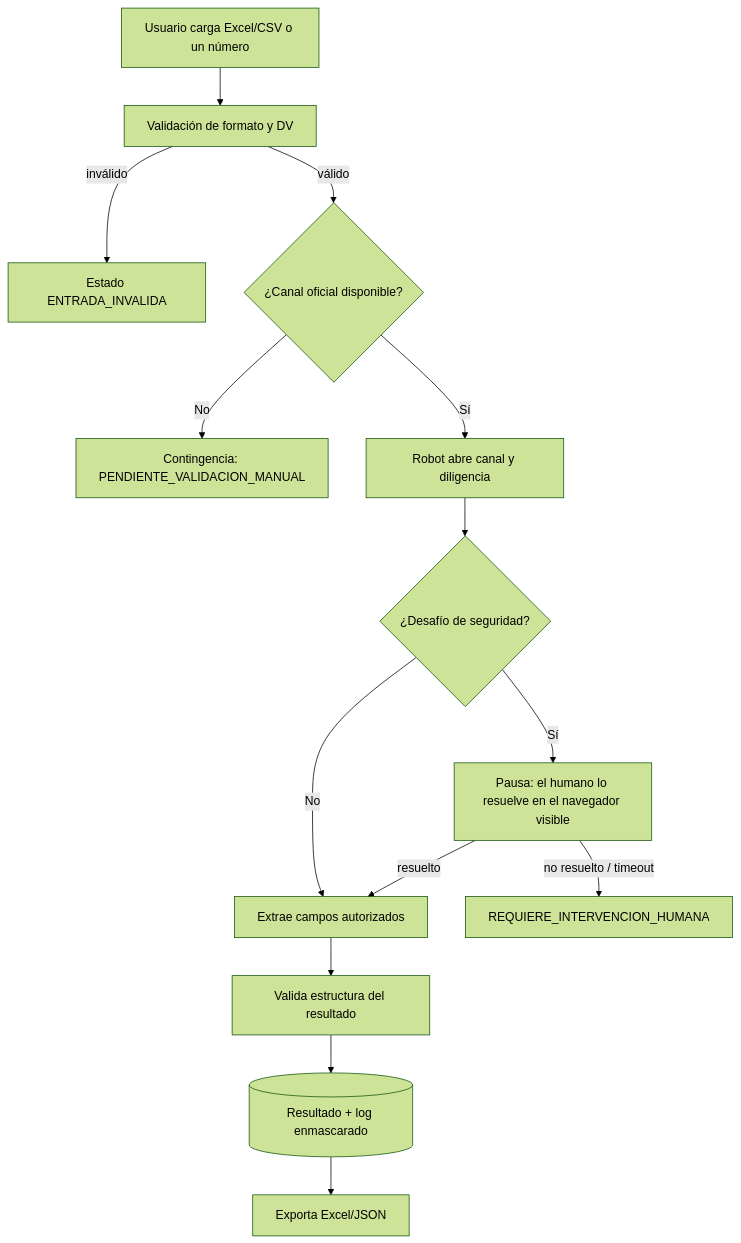
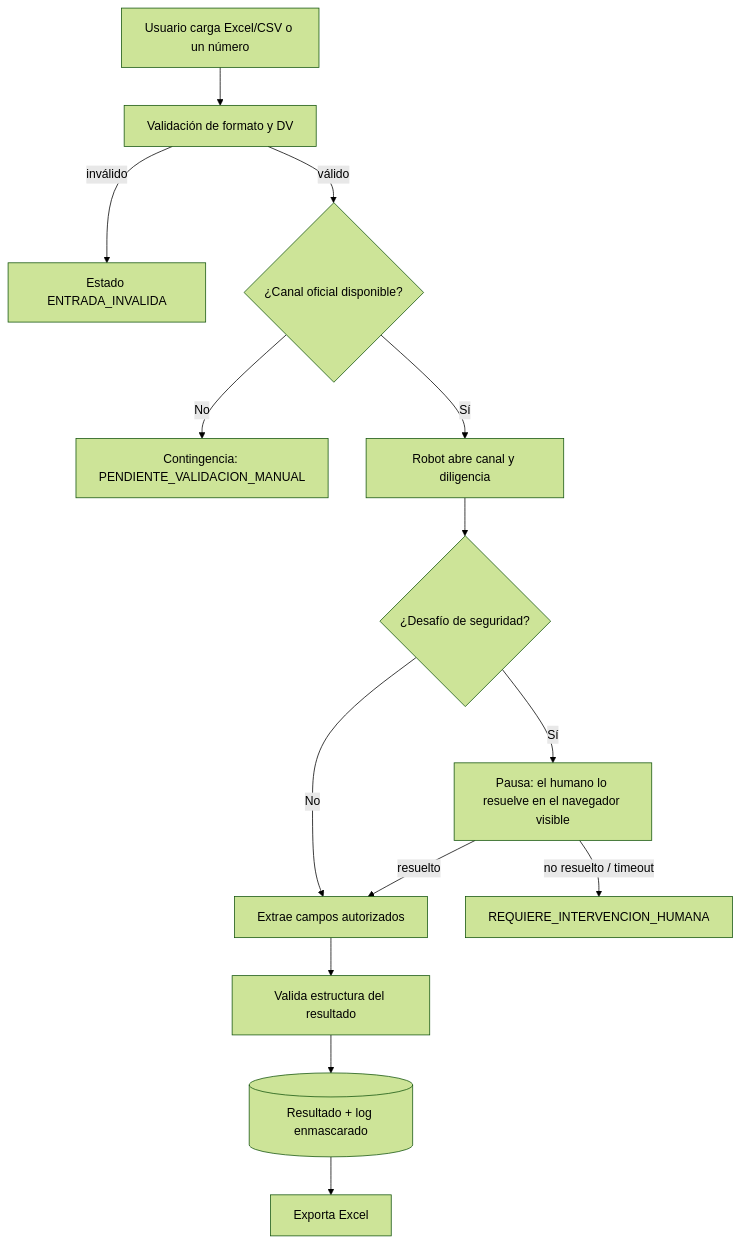
Before and after one commit to ManuelCris29/Rut-Dian: the second of 2 diagrams in specs/requisitos.md, drawn with Mermaid (forest theme). The commit also changed other lines of this file and 4 other files, not shown here.

````diff
--- a/specs/requisitos.md
+++ b/specs/requisitos.md
@@ -24,16 +24,16 @@
 ```mermaid
 flowchart TD
   A[Usuario carga Excel/CSV o un número] --> B[Validación de formato y DV]
   B -- inválido --> X[Estado ENTRADA_INVALIDA]
   B -- válido --> C{¿Canal oficial disponible?}
   C -- No --> K[Contingencia: PENDIENTE_VALIDACION_MANUAL]
   C -- Sí --> D[Robot abre canal y diligencia]
   D --> E{¿Desafío de seguridad?}
   E -- Sí --> H[Pausa: el humano lo resuelve en el navegador visible]
   H -- resuelto --> F
   H -- no resuelto / timeout --> Y[REQUIERE_INTERVENCION_HUMANA]
   E -- No --> F[Extrae campos autorizados]
   F --> G[Valida estructura del resultado]
   G --> R[(Resultado + log enmascarado)]
-  R --> S[Exporta Excel/JSON]
+  R --> S[Exporta Excel]
 ```
````
